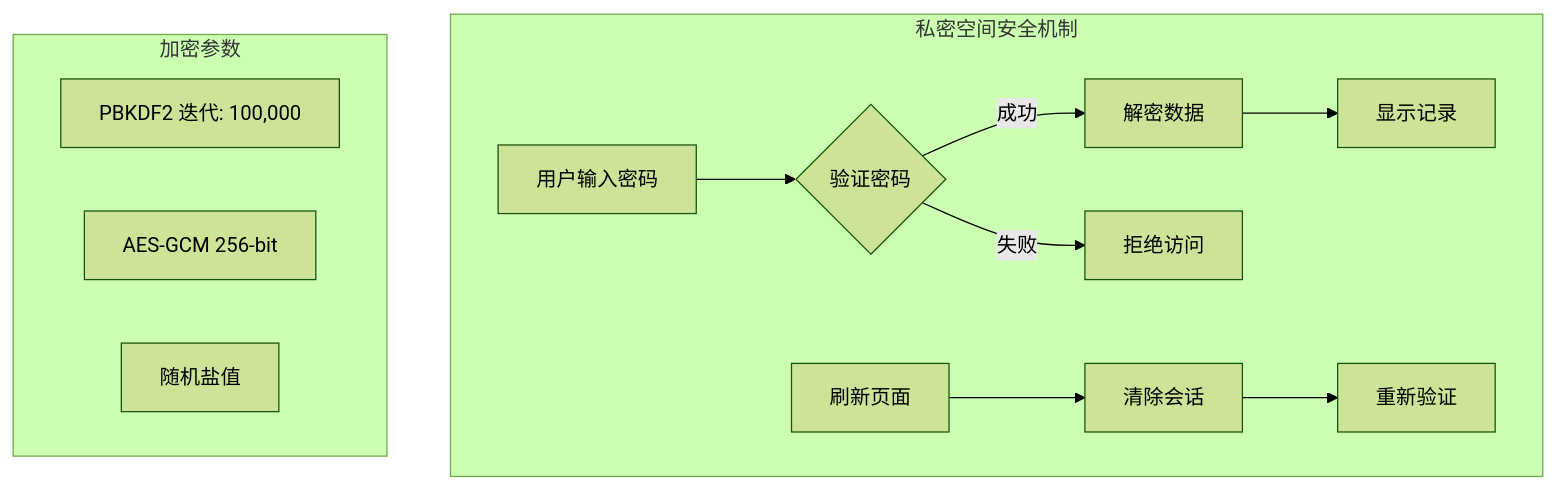
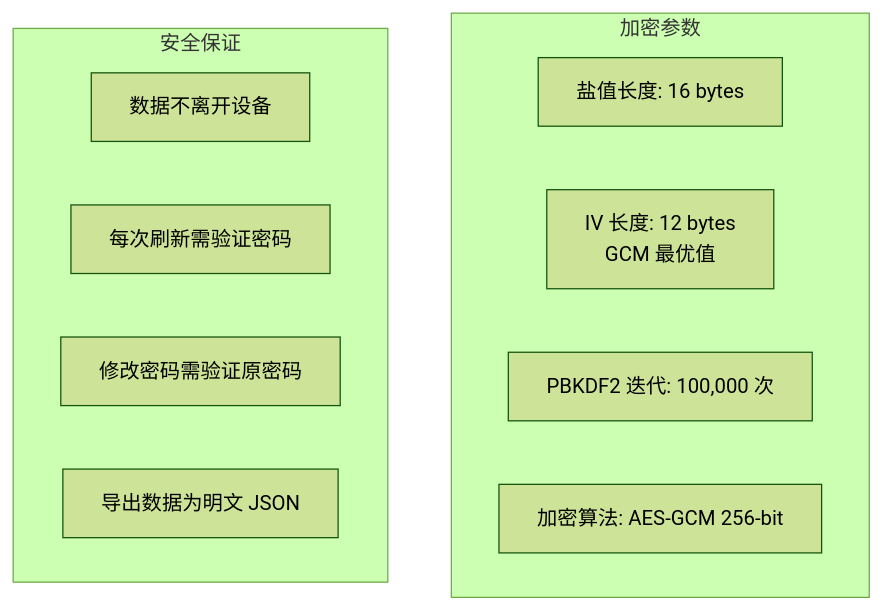
The eighth of 9 diagrams in README.md (Echo253/Graduate-self-management-records), drawn with Mermaid (forest theme) before and after one commit. The commit also changed other lines of this file, not shown here.

Commit message:
docs: 完善 README 文档，添加详细功能说明和图表

````diff
--- a/README.md
+++ b/README.md
@@ -160,18 +431,16 @@
 ```mermaid
-graph TD
-    subgraph "私密空间安全机制"
-        A[用户输入密码] --> B{验证密码}
-        B -->|成功| C[解密数据]
-        B -->|失败| D[拒绝访问]
-        C --> E[显示记录]
-
-        F[刷新页面] --> G[清除会话]
-        G --> H[重新验证]
+graph TB
+    subgraph "加密参数"
+        A[盐值长度: 16 bytes]
+        B[IV 长度: 12 bytes<br/>GCM 最优值]
+        C[PBKDF2 迭代: 100,000 次]
+        D[加密算法: AES-GCM 256-bit]
     end
 
-    subgraph "加密参数"
-        I[PBKDF2 迭代: 100,000]
-        J[AES-GCM 256-bit]
-        K[随机盐值]
+    subgraph "安全保证"
+        E[数据不离开设备]
+        F[每次刷新需验证密码]
+        G[修改密码需验证原密码]
+        H[导出数据为明文 JSON]
     end
 ```
````
